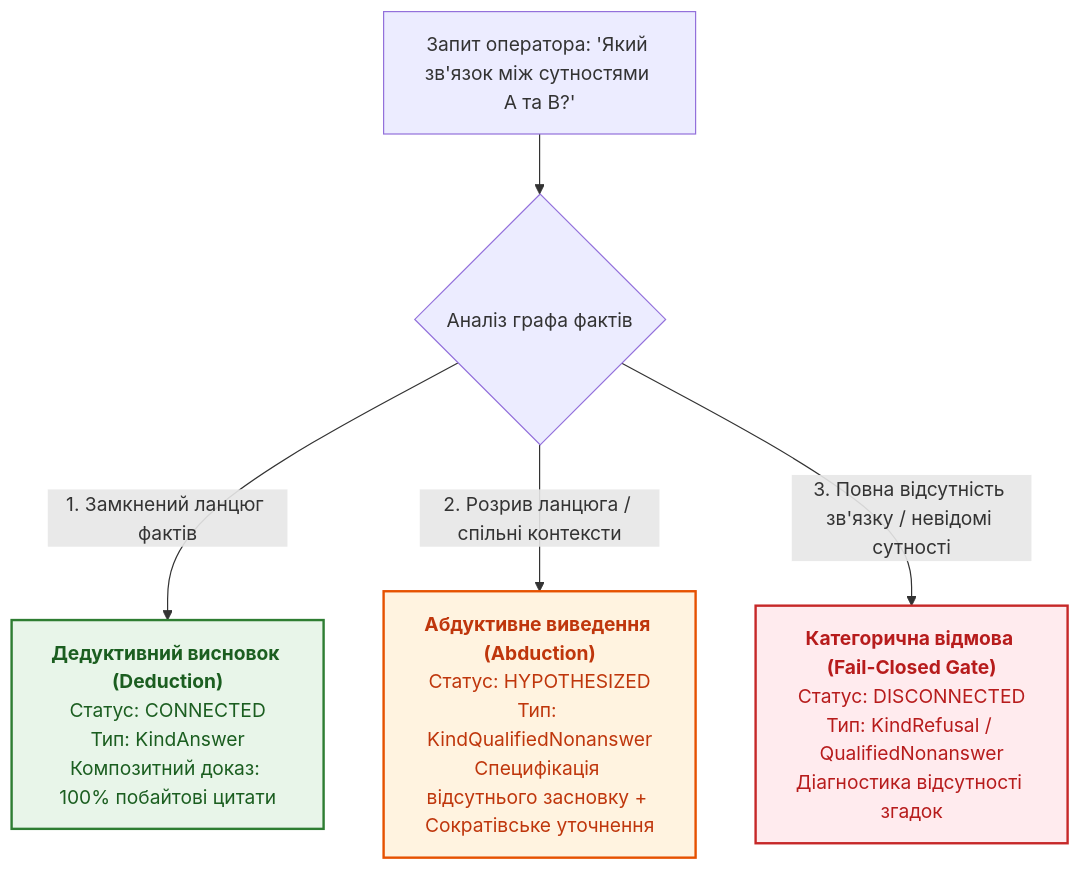
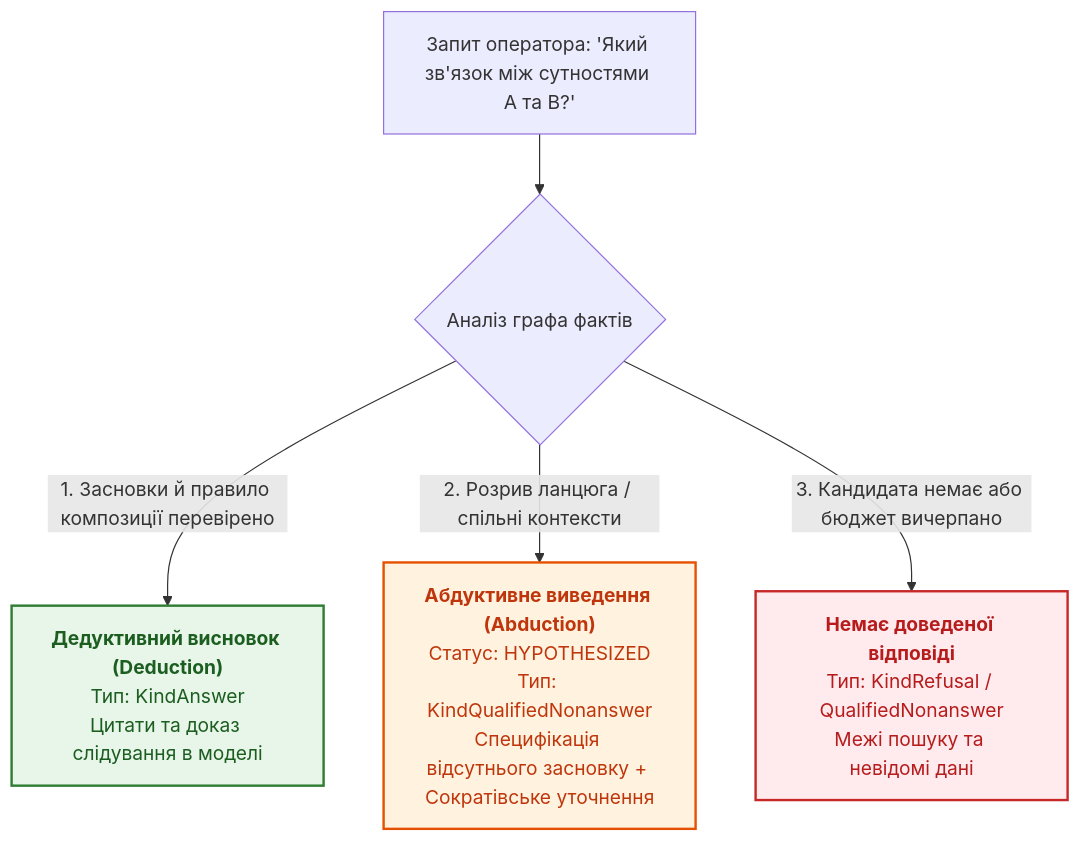
The first of 6 diagrams in ExpertSystem/ch34-deterministic-relational-analysis-abduction-and-socratic-dialogue.md (nick-fedchik/articles), drawn with Mermaid before and after one commit. The commit also changed other lines of this file and 7 other files, not shown here.

````diff
--- a/ExpertSystem/ch34-deterministic-relational-analysis-abduction-and-socratic-dialogue.md
+++ b/ExpertSystem/ch34-deterministic-relational-analysis-abduction-and-socratic-dialogue.md
@@ -34,21 +40,21 @@
 ```mermaid
 flowchart TD
     accTitle: Епістемічні стани відповіді експертної системи
-    accDescr: Три стани логічного виведення: повний дедуктивний шлях, розрив ланцюга з генерацією абдуктивних гіпотез, повна ізоляція сутностей.
+	accDescr: Розрізнено перевірений наслідок, кандидат для дослідження та відсутність результату в межах заданого пошуку.
 
     Q["Запит оператора: 'Який зв'язок між сутностями A та B?'"] --> S{"Аналіз графа фактів"}
 
-    S -->|"1. Замкнений ланцюг фактів"| DED["<b>Дедуктивний висновок (Deduction)</b><br/>Статус: CONNECTED<br/>Тип: KindAnswer<br/>Композитний доказ: 100% побайтові цитати"]
+	S -->|"1. Засновки й правило композиції перевірено"| DED["<b>Дедуктивний висновок (Deduction)</b><br/>Тип: KindAnswer<br/>Цитати та доказ слідування в моделі"]
 
     S -->|"2. Розрив ланцюга / спільні контексти"| ABD["<b>Абдуктивне виведення (Abduction)</b><br/>Статус: HYPOTHESIZED<br/>Тип: KindQualifiedNonanswer<br/>Специфікація відсутнього засновку + Сократівське уточнення"]
 
-    S -->|"3. Повна відсутність зв'язку / невідомі сутності"| REF["<b>Категорична відмова (Fail-Closed Gate)</b><br/>Статус: DISCONNECTED<br/>Тип: KindRefusal / QualifiedNonanswer<br/>Діагностика відсутності згадок"]
+	S -->|"3. Кандидата немає або бюджет вичерпано"| REF["<b>Немає доведеної відповіді</b><br/>Тип: KindRefusal / QualifiedNonanswer<br/>Межі пошуку та невідомі дані"]
 
     classDef ded fill:#e8f5e9,stroke:#2e7d32,stroke-width:2px,color:#1b5e20;
     classDef abd fill:#fff3e0,stroke:#e65100,stroke-width:2px,color:#bf360c;
     classDef ref fill:#ffebee,stroke:#c62828,stroke-width:2px,color:#b71c1c;
 
     class DED ded;
     class ABD abd;
     class REF ref;
 ```
````
